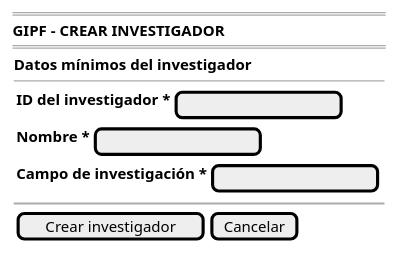
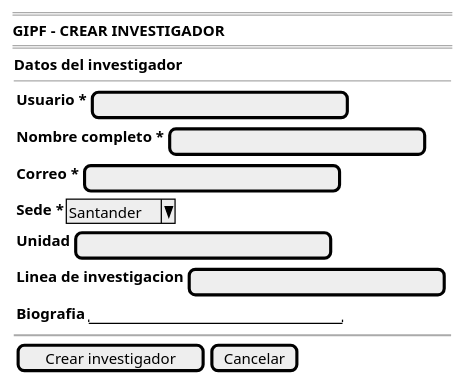
The diagram in RUP/00-casos-uso/02-detalle/coordinador/crearInvestigador/prototipo.puml (beatriizorozco/25-26-idsw2-sdVC), drawn with PlantUML before and after one commit. The commit also changed 41 other files, not shown here.

```diff
--- a/RUP/00-casos-uso/02-detalle/coordinador/crearInvestigador/prototipo.puml
+++ b/RUP/00-casos-uso/02-detalle/coordinador/crearInvestigador/prototipo.puml
@@ -1,20 +1,22 @@
 @startsalt crearInvestigador-wireframe
 {
     ====
     <b>GIPF - CREAR INVESTIGADOR</b>
     ====
     {
-        <b>Datos mínimos del investigador</b>
+        <b>Datos del investigador</b>
         --
         {
-            {<b>ID del investigador *</b> | [                ]}
-            {<b>Nombre *</b>              | [                ]}
-            {<b>Campo de investigación *</b> | [                ]}
+            {<b>Usuario *</b> | [                         ]}
+            {<b>Nombre completo *</b> | [                         ]}
+            {<b>Correo *</b> | [                         ]}
+            {<b>Sede *</b> | ^Santander^}
+            {<b>Unidad</b> | [                         ]}
+            {<b>Linea de investigacion</b> | [                         ]}
+            {<b>Biografia</b> | "                         "}
         }
-
         ~~
-
         {[Crear investigador] | [Cancelar]}
     }
 }
 @endsalt
```
